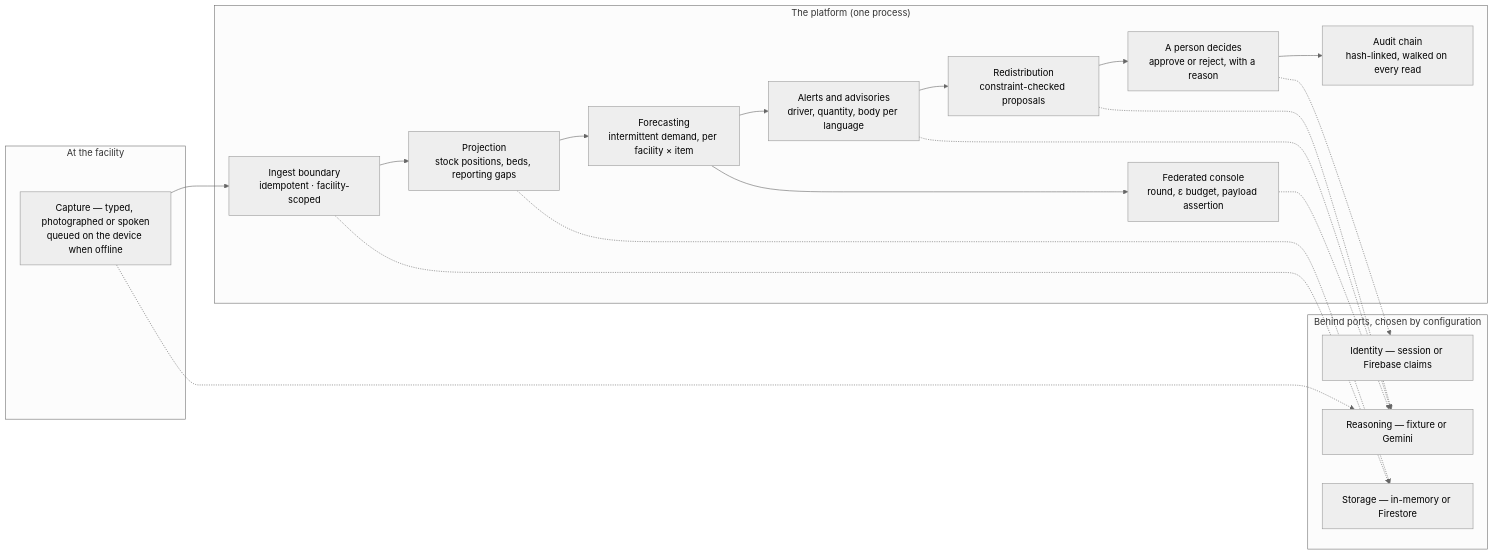
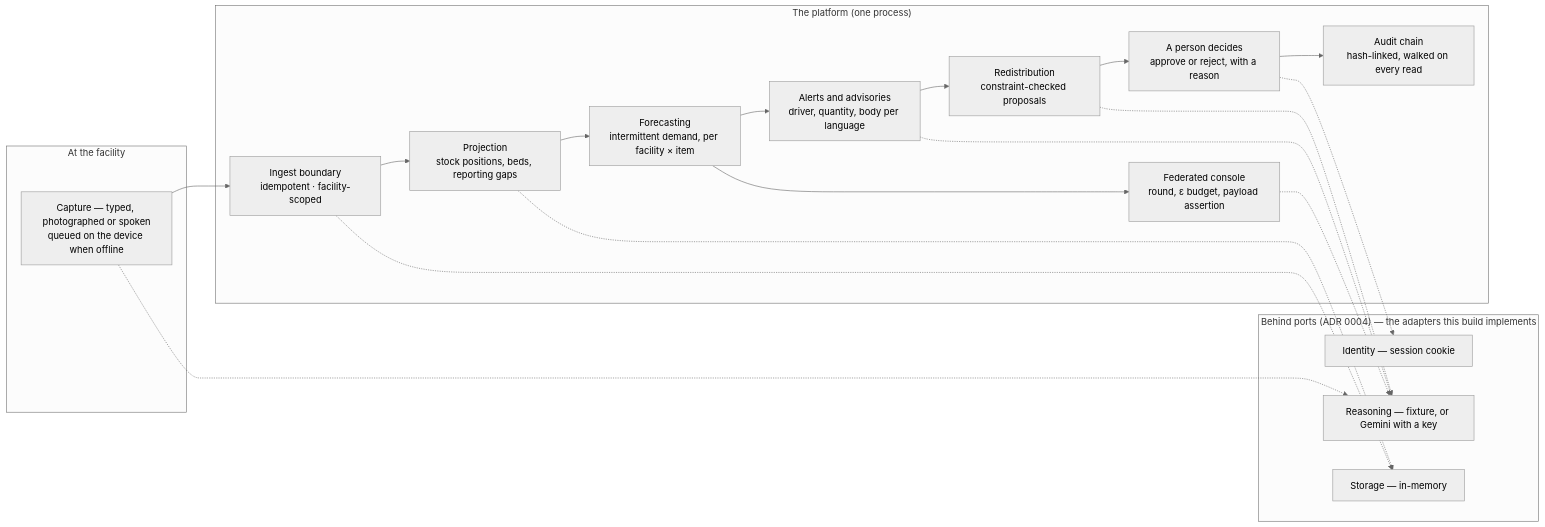
The diagram in README.md (DHBhensdadia/Civora), drawn with Mermaid (neutral theme) before and after one commit. The commit also changed other lines of this file and 1 other file, not shown here.

````diff
--- a/README.md
+++ b/README.md
@@ -37,33 +37,33 @@
 ```mermaid
 flowchart LR
   subgraph facility["At the facility"]
     C["Capture — typed, photographed or spoken<br/>queued on the device when offline"]
   end
 
   subgraph platform["The platform (one process)"]
     I["Ingest boundary<br/>idempotent · facility-scoped"]
     P["Projection<br/>stock positions, beds, reporting gaps"]
     F["Forecasting<br/>intermittent demand, per facility × item"]
     A["Alerts and advisories<br/>driver, quantity, body per language"]
     R["Redistribution<br/>constraint-checked proposals"]
     D["A person decides<br/>approve or reject, with a reason"]
     X["Audit chain<br/>hash-linked, walked on every read"]
     L["Federated console<br/>round, ε budget, payload assertion"]
   end
 
-  subgraph ports["Behind ports, chosen by configuration"]
-    S["Storage — in-memory or Firestore"]
-    ID["Identity — session or Firebase claims"]
-    AI["Reasoning — fixture or Gemini"]
+  subgraph ports["Behind ports (ADR 0004) — the adapters this build implements"]
+    S["Storage — in-memory"]
+    ID["Identity — session cookie"]
+    AI["Reasoning — fixture, or Gemini with a key"]
   end
 
   C --> I --> P --> F --> A --> R --> D --> X
   F --> L
   I -.-> S
   P -.-> S
   C -.-> AI
   A -.-> AI
   R -.-> AI
   L -.-> AI
   D -.-> ID
 ```
````
